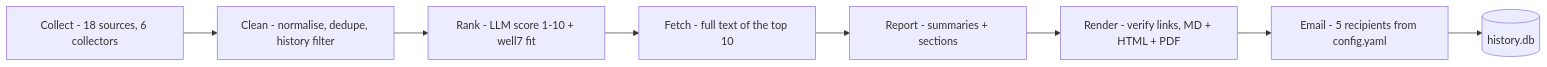
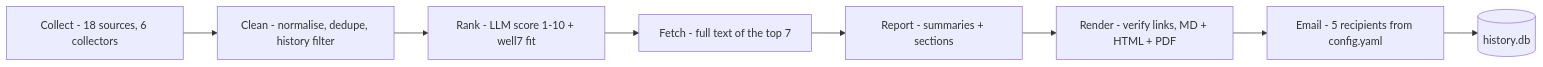
One commit to badrbajamil1-collab/synthetic-data-weekly changed the diagram in README.md. Above: the diagram before and after it, drawn with Mermaid. The commit also changed other lines of this file and 9 other files, not shown here.

````diff
--- a/README.md
+++ b/README.md
@@ -108,10 +110,10 @@
 ```mermaid
 flowchart LR
     A["Collect - 18 sources, 6 collectors"] --> B["Clean - normalise, dedupe, history filter"]
     B --> C["Rank - LLM score 1-10 + well7 fit"]
-    C --> D["Fetch - full text of the top 10"]
+    C --> D["Fetch - full text of the top 7"]
     D --> E["Report - summaries + sections"]
     E --> F["Render - verify links, MD + HTML + PDF"]
     F --> G["Email - 5 recipients from config.yaml"]
     G --> H[("history.db")]
 ```
````
